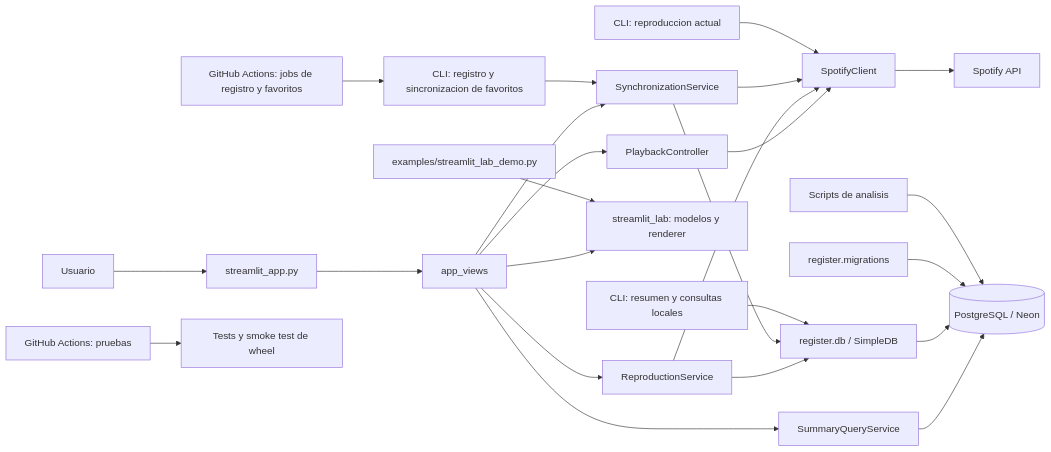
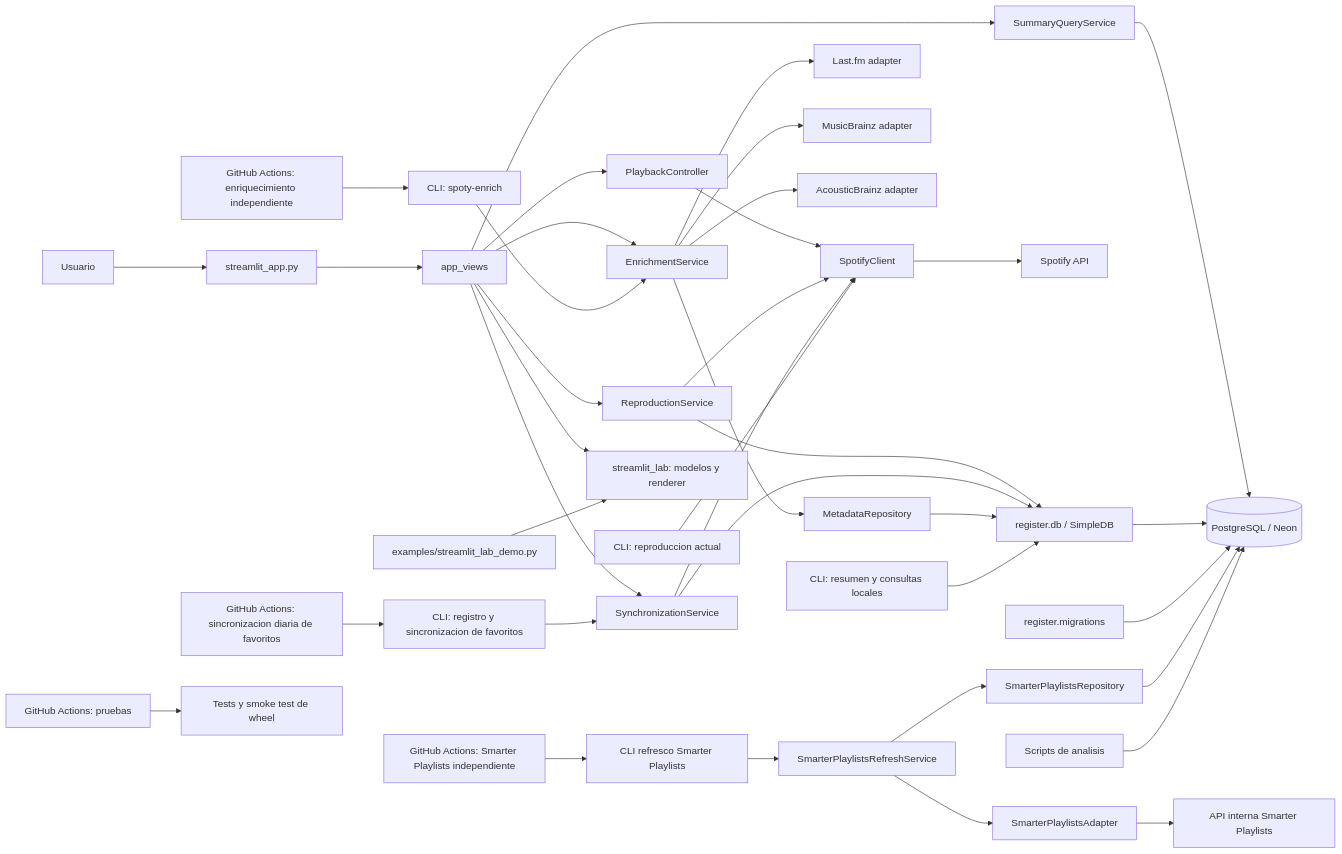
One commit to luiscaballeroramos/spoty changed the diagram in ARCHITECTURE.md. Above: the diagram before and after it, drawn with Mermaid. The commit also changed other lines of this file and 93 other files, not shown here.

````diff
--- a/ARCHITECTURE.md
+++ b/ARCHITECTURE.md
@@ -9,27 +9,41 @@
 ```mermaid
 flowchart LR
         USER[Usuario] --> UI[streamlit_app.py]
         UI --> VIEWS[app_views]
         VIEWS --> PC[PlaybackController]
         VIEWS --> RS[ReproductionService]
         VIEWS --> QS[SummaryQueryService]
         VIEWS --> SY[SynchronizationService]
+        VIEWS --> ENR[EnrichmentService]
+        ENR --> MREP[MetadataRepository]
+        ENR --> LFM[Last.fm adapter]
+        ENR --> MBM[MusicBrainz adapter]
+        ENR --> ABM[AcousticBrainz adapter]
         VIEWS --> LAB[streamlit_lab: modelos y renderer]
         PC --> SC[SpotifyClient]
         RS --> SC
         SY --> SC
         SC --> SP[Spotify API]
         RS --> DBL[register.db / SimpleDB]
         SY --> DBL
+        MREP --> DBL
         QS --> DB[(PostgreSQL / Neon)]
         DBL --> DB
         MIG[register.migrations] --> DB
 
     SYCLI[CLI: registro y sincronizacion de favoritos] --> SY
+    ENCLI[CLI: spoty-enrich] --> ENR
     DBCLI[CLI: resumen y consultas locales] --> DBL
     PLAYCLI[CLI: reproduccion actual] --> SC
-    GHJ[GitHub Actions: jobs de registro y favoritos] --> SYCLI
+    GHJ[GitHub Actions: sincronizacion diaria de favoritos] --> SYCLI
+    GHM[GitHub Actions: enriquecimiento independiente] --> ENCLI
+    GHS[GitHub Actions: Smarter Playlists independiente] --> SPLCLI[CLI refresco Smarter Playlists]
+    SPLCLI --> SPLREF[SmarterPlaylistsRefreshService]
+    SPLREF --> SPLAD[SmarterPlaylistsAdapter]
+    SPLAD --> SPLWEB[API interna Smarter Playlists]
+    SPLREF --> SPLREP[SmarterPlaylistsRepository]
+    SPLREP --> DB
         ANALYSIS[Scripts de analisis] --> DB
         CI[GitHub Actions: pruebas] --> TESTS[Tests y smoke test de wheel]
         DEMO[examples/streamlit_lab_demo.py] --> LAB
 ```
````
